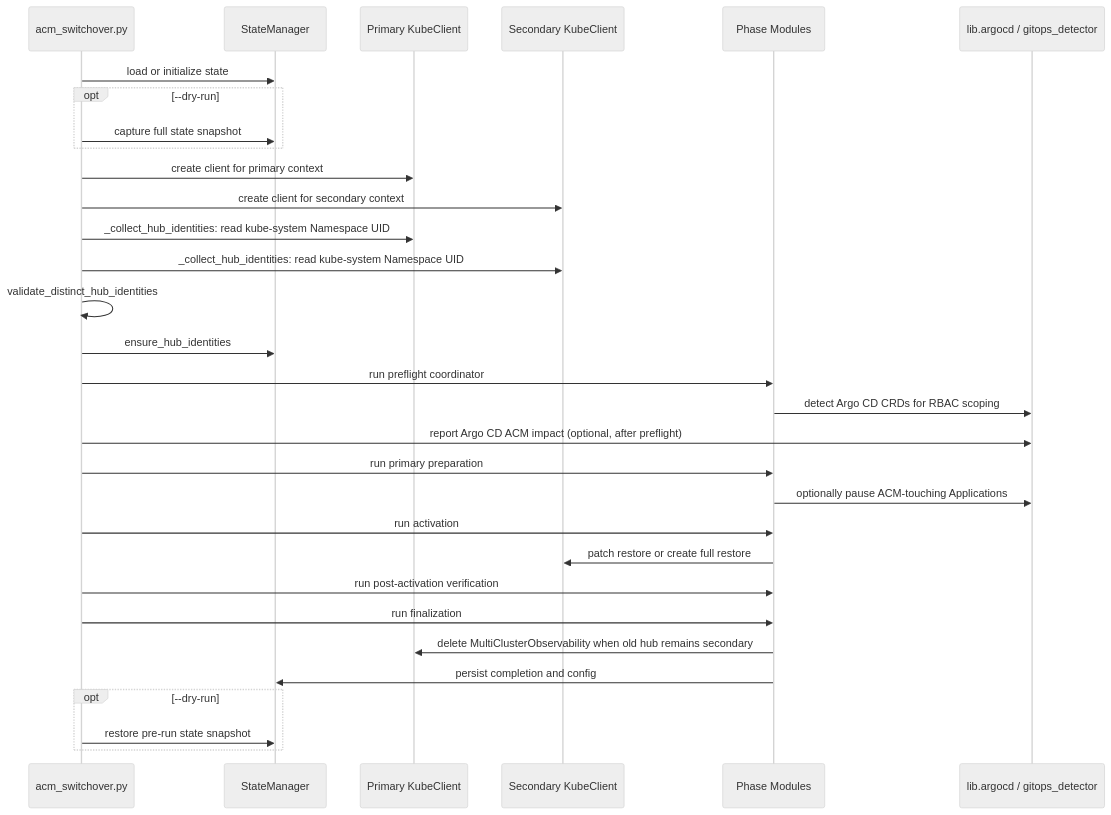
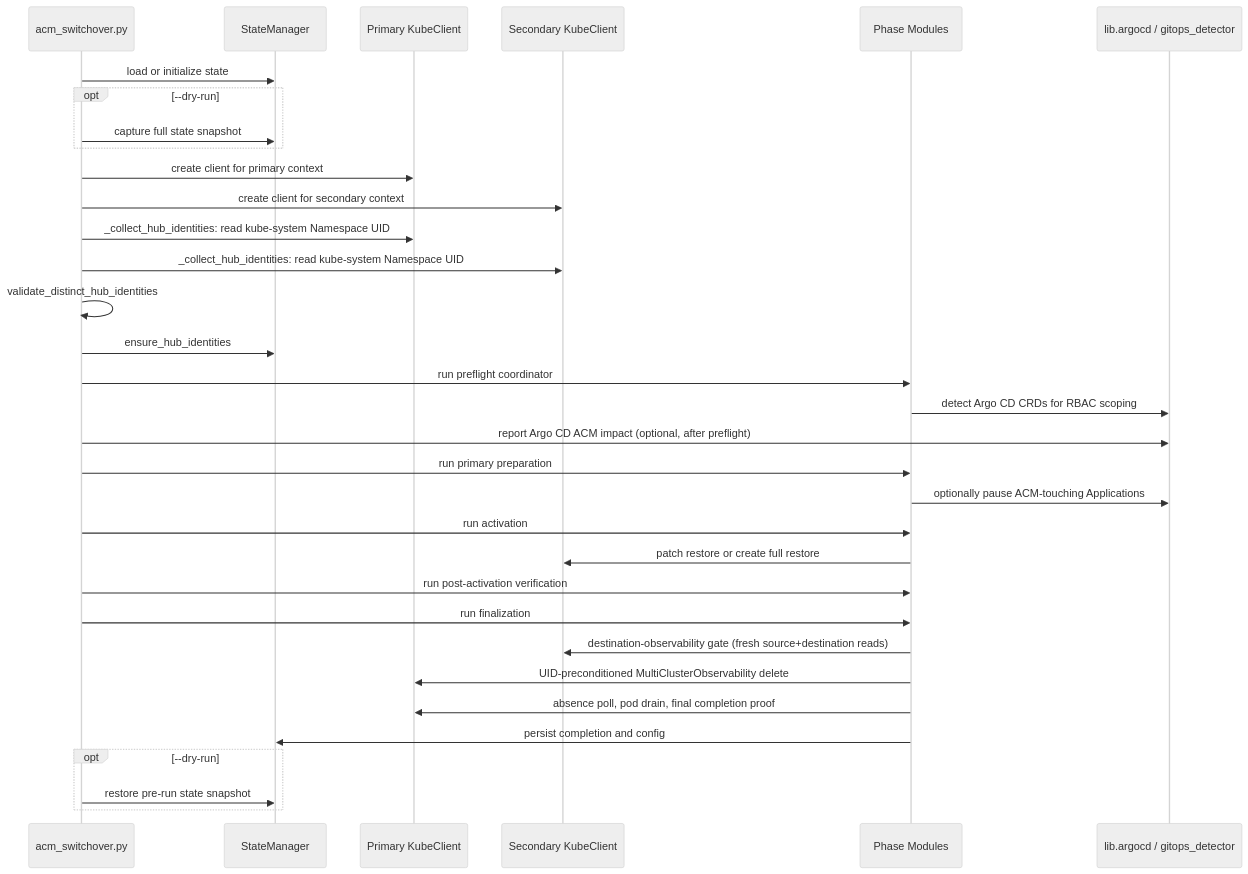
The second of 2 diagrams in docs/development/architecture.md (tomazb/rh-acm-switchover), drawn with Mermaid (neutral theme) before and after one commit. The commit also changed other lines of this file and 11 other files, not shown here.

````diff
--- a/docs/development/architecture.md
+++ b/docs/development/architecture.md
@@ -460,34 +500,36 @@
 ```mermaid
 sequenceDiagram
     participant CLI as acm_switchover.py
     participant State as StateManager
     participant P as Primary KubeClient
     participant S as Secondary KubeClient
     participant Mods as Phase Modules
     participant Argo as lib.argocd / gitops_detector
 
     CLI->>State: load or initialize state
     opt --dry-run
         CLI->>State: capture full state snapshot
     end
     CLI->>P: create client for primary context
     CLI->>S: create client for secondary context
     CLI->>P: _collect_hub_identities: read kube-system Namespace UID
     CLI->>S: _collect_hub_identities: read kube-system Namespace UID
     CLI->>CLI: validate_distinct_hub_identities
     CLI->>State: ensure_hub_identities
     CLI->>Mods: run preflight coordinator
     Mods->>Argo: detect Argo CD CRDs for RBAC scoping
     CLI->>Argo: report Argo CD ACM impact (optional, after preflight)
     CLI->>Mods: run primary preparation
     Mods->>Argo: optionally pause ACM-touching Applications
     CLI->>Mods: run activation
     Mods->>S: patch restore or create full restore
     CLI->>Mods: run post-activation verification
     CLI->>Mods: run finalization
-    Mods->>P: delete MultiClusterObservability when old hub remains secondary
+    Mods->>S: destination-observability gate (fresh source+destination reads)
+    Mods->>P: UID-preconditioned MultiClusterObservability delete
+    Mods->>P: absence poll, pod drain, final completion proof
     Mods->>State: persist completion and config
     opt --dry-run
         CLI->>State: restore pre-run state snapshot
     end
 ```
````
